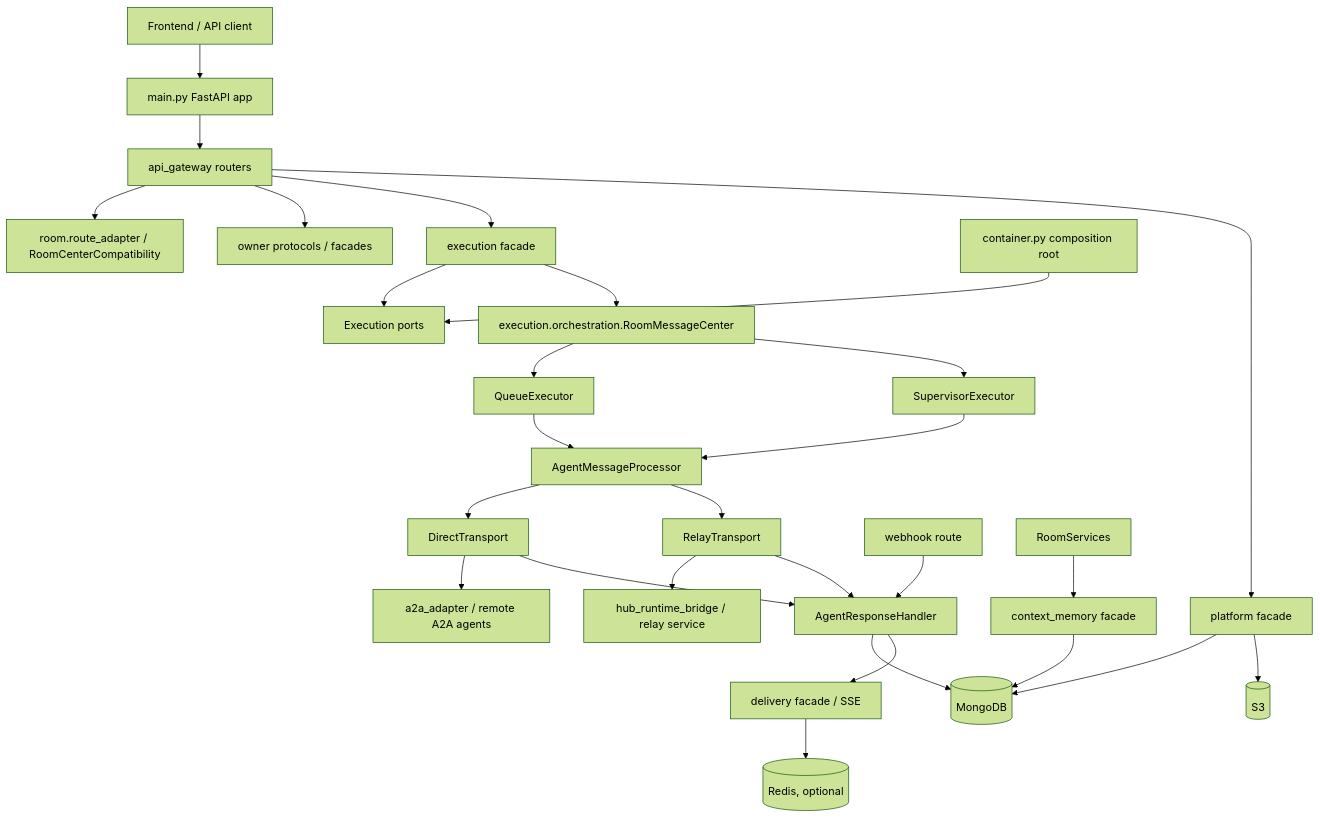
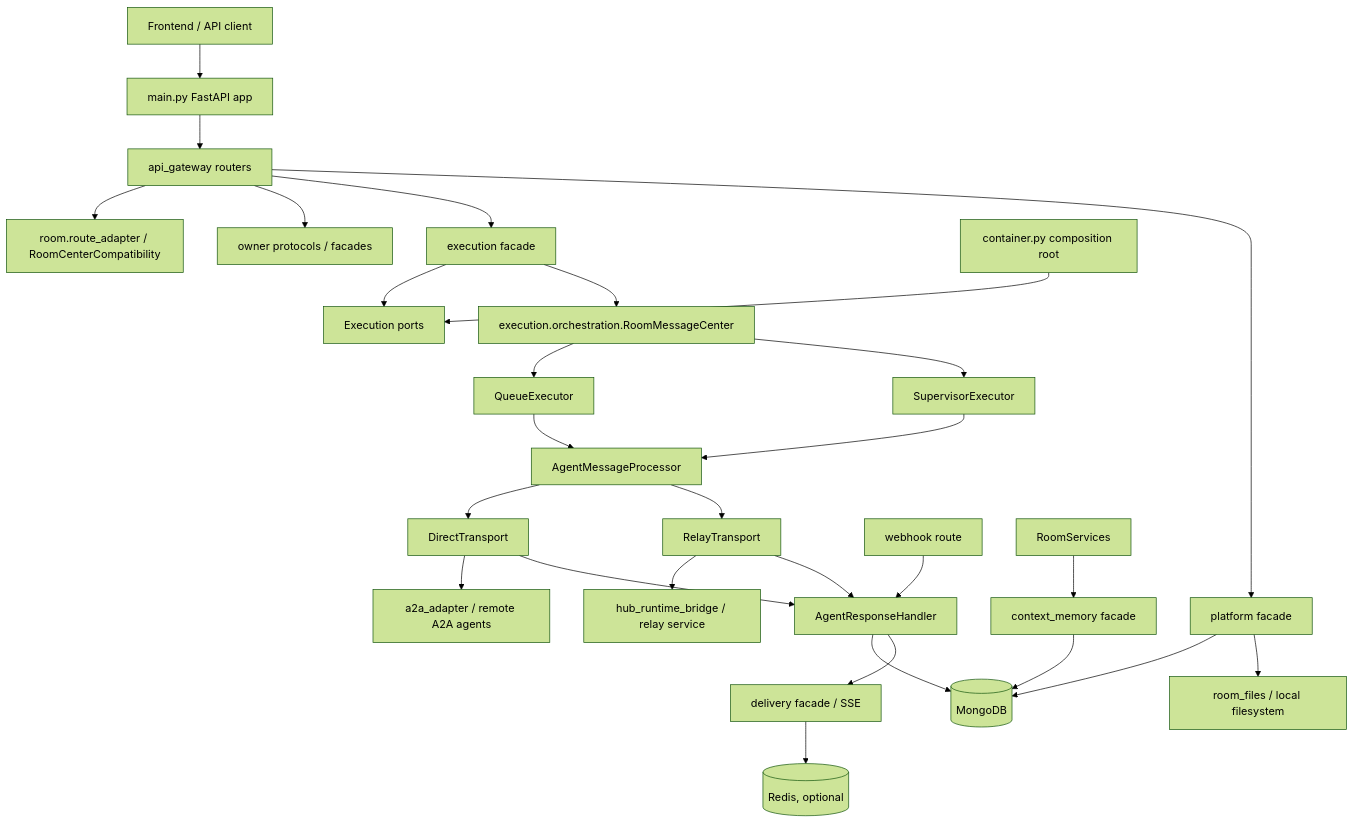
One commit to JeromeOvO/hybro changed the diagram in backend/docs/System-Architecture.md. Above: the diagram before and after it, drawn with Mermaid (forest theme). The commit also changed other lines of this file and 154 other files, not shown here.

Commit message:
feat: replace S3 with local room file storage

````diff
--- a/backend/docs/System-Architecture.md
+++ b/backend/docs/System-Architecture.md
@@ -25,34 +25,34 @@
 ```mermaid
 flowchart TD
     Client[Frontend / API client] --> FastAPI[main.py FastAPI app]
     FastAPI --> APIGateway[api_gateway routers]
     APIGateway --> RoomRoutes[room.route_adapter / RoomCenterCompatibility]
     APIGateway --> OwnerPorts[owner protocols / facades]
     APIGateway --> Execution[execution facade]
     APIGateway --> Platform[platform facade]
 
     Container[container.py composition root] --> ExecutionPorts[Execution ports]
     Execution --> ExecutionPorts
     Execution --> RoomMessageCenter[execution.orchestration.RoomMessageCenter]
     RoomMessageCenter --> QueueExecutor[QueueExecutor]
     RoomMessageCenter --> SupervisorExecutor[SupervisorExecutor]
     QueueExecutor --> AgentMessageProcessor[AgentMessageProcessor]
     SupervisorExecutor --> AgentMessageProcessor
 
     AgentMessageProcessor --> DirectTransport[DirectTransport]
     AgentMessageProcessor --> RelayTransport[RelayTransport]
     DirectTransport --> A2A[a2a_adapter / remote A2A agents]
     RelayTransport --> HubRelay[hub_runtime_bridge / relay service]
 
     DirectTransport --> ResponseHandler[AgentResponseHandler]
     RelayTransport --> ResponseHandler
     Webhook[webhook route] --> ResponseHandler
 
     ResponseHandler --> Mongo[(MongoDB)]
     ResponseHandler --> Delivery[delivery facade / SSE]
     RoomServices --> ContextMemory[context_memory facade]
     Platform --> Mongo
-    Platform --> S3[(S3)]
+    Platform --> RoomFiles[room_files / local filesystem]
     ContextMemory --> Mongo
     Delivery --> Redis[(Redis, optional)]
 ```
````
